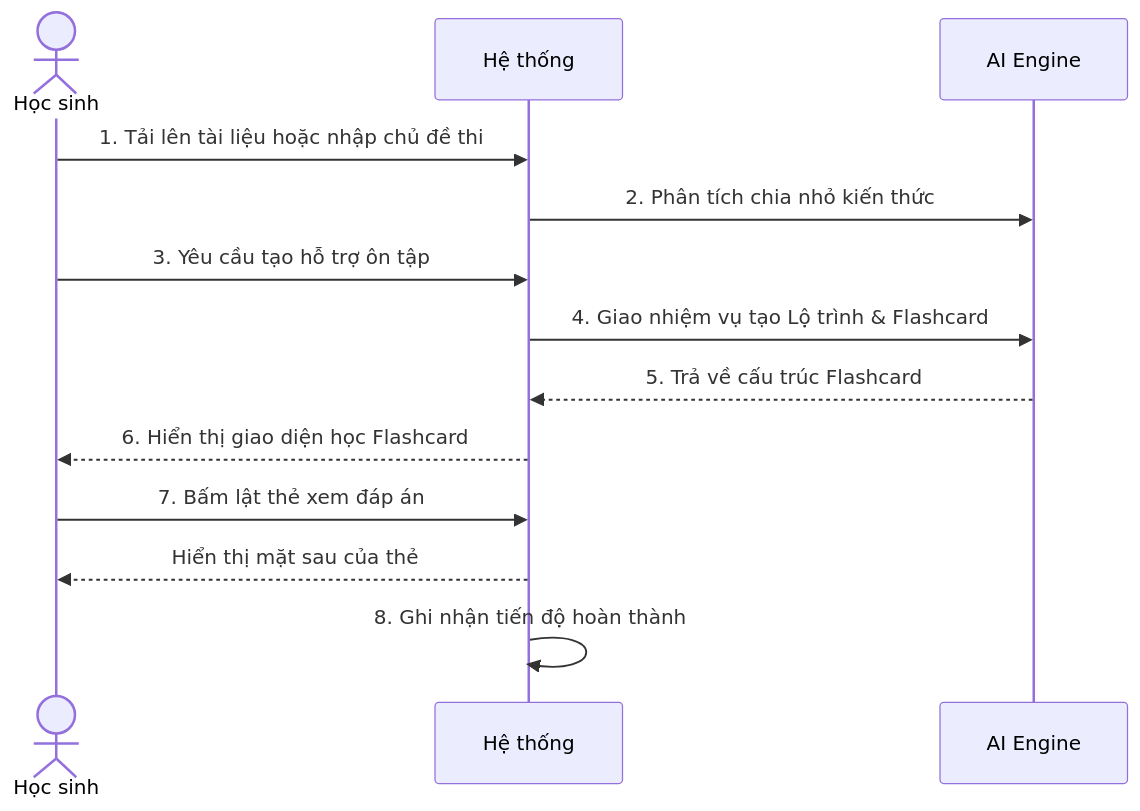
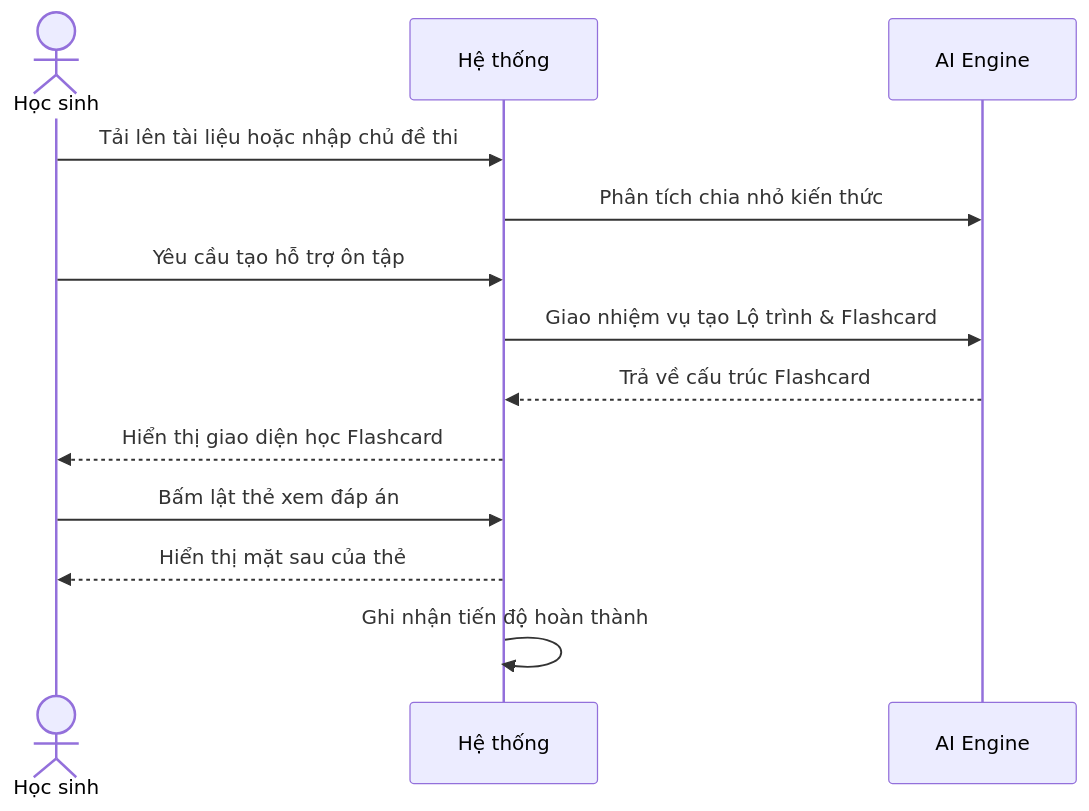
One commit to Cong-ty-TNNH-Q-Tech/Q-School changed the second of 8 diagrams in docs/nhom_5_magicstudent.md. Above: the diagram before and after it, drawn with Mermaid. The commit also changed other lines of this file and 5 other files, not shown here.

Commit message:
docs: refine sequence diagrams logical flow and remove step numbers

````diff
--- a/docs/nhom_5_magicstudent.md
+++ b/docs/nhom_5_magicstudent.md
@@ -58,16 +58,16 @@
 ```mermaid
 sequenceDiagram
     actor HS as Học sinh
     participant HT as Hệ thống
     participant AI as AI Engine
 
-    HS->>HT: 1. Tải lên tài liệu hoặc nhập chủ đề thi
-    HT->>AI: 2. Phân tích chia nhỏ kiến thức
-    HS->>HT: 3. Yêu cầu tạo hỗ trợ ôn tập
-    HT->>AI: 4. Giao nhiệm vụ tạo Lộ trình & Flashcard
-    AI-->>HT: 5. Trả về cấu trúc Flashcard
-    HT-->>HS: 6. Hiển thị giao diện học Flashcard
-    HS->>HT: 7. Bấm lật thẻ xem đáp án
+    HS->>HT: Tải lên tài liệu hoặc nhập chủ đề thi
+    HT->>AI: Phân tích chia nhỏ kiến thức
+    HS->>HT: Yêu cầu tạo hỗ trợ ôn tập
+    HT->>AI: Giao nhiệm vụ tạo Lộ trình & Flashcard
+    AI-->>HT: Trả về cấu trúc Flashcard
+    HT-->>HS: Hiển thị giao diện học Flashcard
+    HS->>HT: Bấm lật thẻ xem đáp án
     HT-->>HS: Hiển thị mặt sau của thẻ
-    HT->>HT: 8. Ghi nhận tiến độ hoàn thành
+    HT->>HT: Ghi nhận tiến độ hoàn thành
 ```
````
